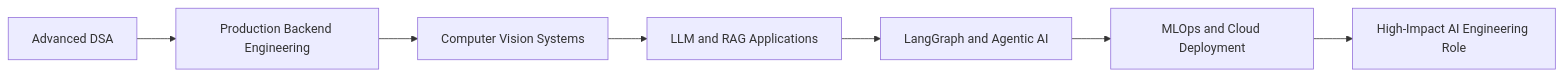
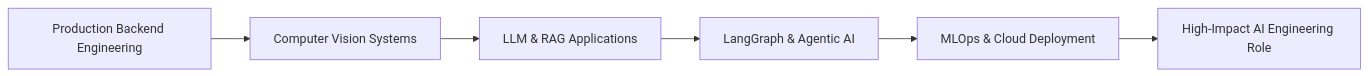
The fifth of 5 diagrams in README.md (saumyasrivastava21/saumyasrivastava21), drawn with Mermaid before and after one commit. The commit also changed other lines of this file, not shown here.

````diff
--- a/README.md
+++ b/README.md
@@ -689,9 +562,8 @@
 ```mermaid
 flowchart LR
-    A[Advanced DSA] --> B[Production Backend Engineering]
-    B --> C[Computer Vision Systems]
-    C --> D[LLM and RAG Applications]
-    D --> E[LangGraph and Agentic AI]
-    E --> F[MLOps and Cloud Deployment]
-    F --> G[High-Impact AI Engineering Role]
+    A[Production Backend Engineering] --> B[Computer Vision Systems]
+    B --> C[LLM & RAG Applications]
+    C --> D[LangGraph & Agentic AI]
+    D --> E[MLOps & Cloud Deployment]
+    E --> F[High-Impact AI Engineering Role]
 ```
````
